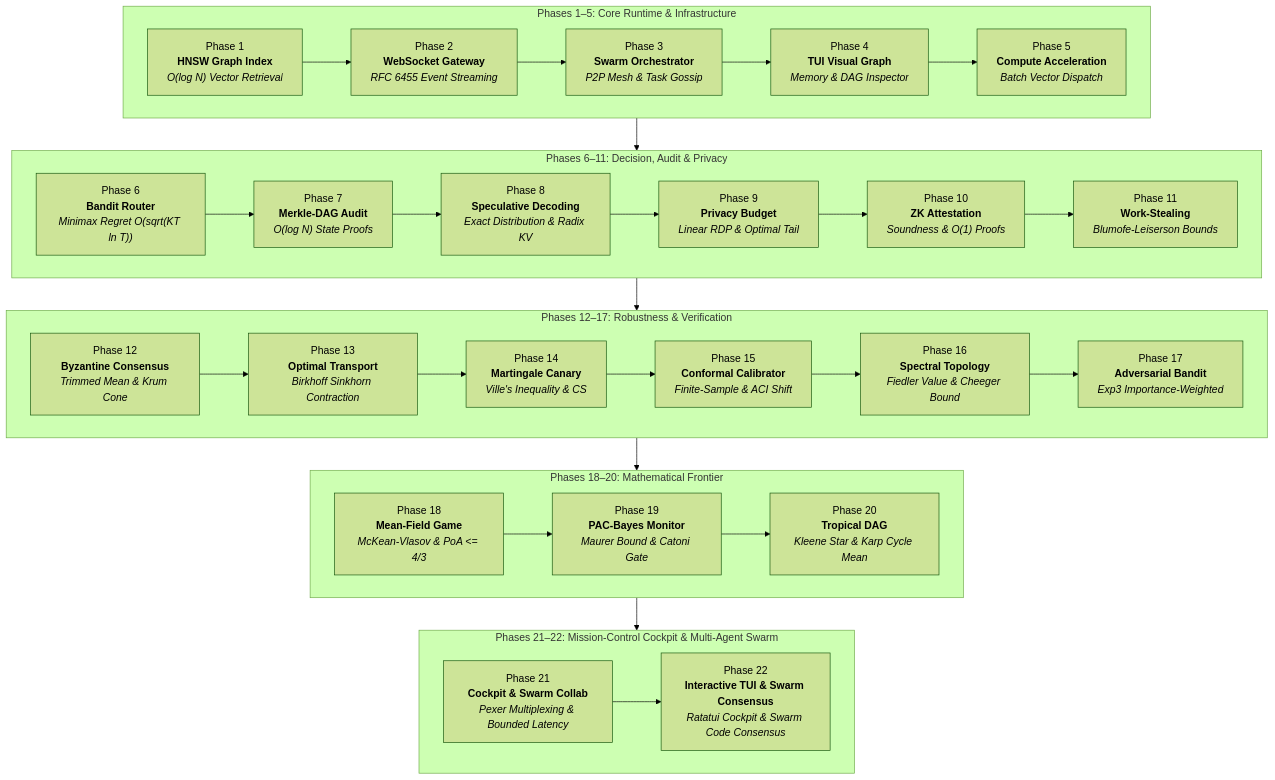
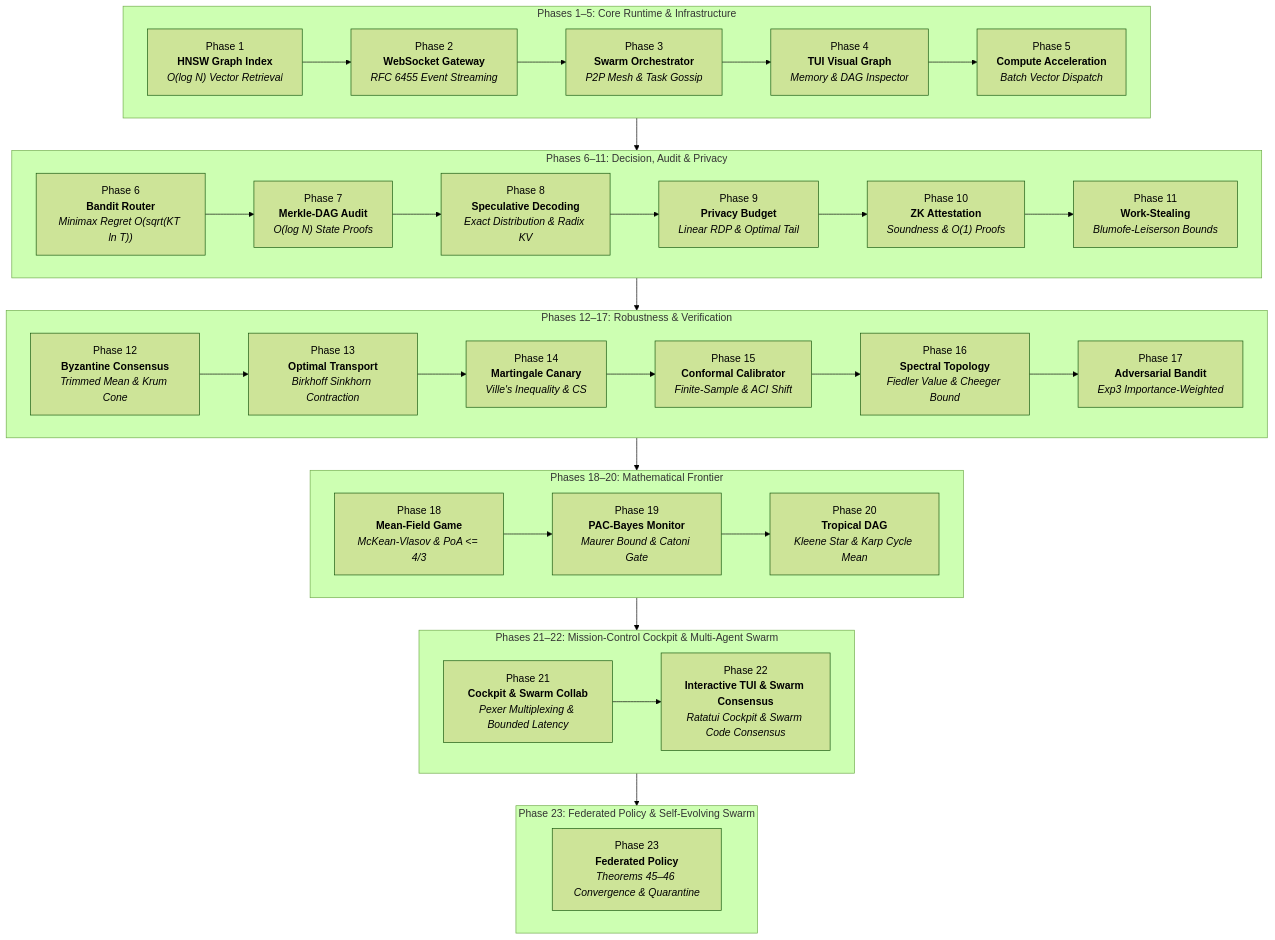
One commit to anisayakmitra-in/AGENT-PANDORA changed the diagram in docs/math/phased_roadmap_mathematics.md. Above: the diagram before and after it, drawn with Mermaid (forest theme). The commit also changed other lines of this file and 53 other files, not shown here.

Commit message:
Release v3.0.10: Phase 23 federated policy, live autopilot, remote telemetry dashboard

````diff
--- a/docs/math/phased_roadmap_mathematics.md
+++ b/docs/math/phased_roadmap_mathematics.md
@@ -13,46 +13,50 @@
 ```mermaid
 flowchart TD
     subgraph Foundation["Phases 1–5: Core Runtime & Infrastructure"]
         P1["Phase 1<br/><b>HNSW Graph Index</b><br/><i>O(log N) Vector Retrieval</i>"]
         P2["Phase 2<br/><b>WebSocket Gateway</b><br/><i>RFC 6455 Event Streaming</i>"]
         P3["Phase 3<br/><b>Swarm Orchestrator</b><br/><i>P2P Mesh & Task Gossip</i>"]
         P4["Phase 4<br/><b>TUI Visual Graph</b><br/><i>Memory & DAG Inspector</i>"]
         P5["Phase 5<br/><b>Compute Acceleration</b><br/><i>Batch Vector Dispatch</i>"]
         P1 --> P2 --> P3 --> P4 --> P5
     end
 
     subgraph Intelligence["Phases 6–11: Decision, Audit & Privacy"]
         P6["Phase 6<br/><b>Bandit Router</b><br/><i>Minimax Regret O(sqrt(KT ln T))</i>"]
         P7["Phase 7<br/><b>Merkle-DAG Audit</b><br/><i>O(log N) State Proofs</i>"]
         P8["Phase 8<br/><b>Speculative Decoding</b><br/><i>Exact Distribution & Radix KV</i>"]
         P9["Phase 9<br/><b>Privacy Budget</b><br/><i>Linear RDP & Optimal Tail</i>"]
         P10["Phase 10<br/><b>ZK Attestation</b><br/><i>Soundness & O(1) Proofs</i>"]
         P11["Phase 11<br/><b>Work-Stealing</b><br/><i>Blumofe-Leiserson Bounds</i>"]
         P6 --> P7 --> P8 --> P9 --> P10 --> P11
     end
 
     subgraph Assurance["Phases 12–17: Robustness & Verification"]
         P12["Phase 12<br/><b>Byzantine Consensus</b><br/><i>Trimmed Mean & Krum Cone</i>"]
         P13["Phase 13<br/><b>Optimal Transport</b><br/><i>Birkhoff Sinkhorn Contraction</i>"]
         P14["Phase 14<br/><b>Martingale Canary</b><br/><i>Ville's Inequality & CS</i>"]
         P15["Phase 15<br/><b>Conformal Calibrator</b><br/><i>Finite-Sample & ACI Shift</i>"]
         P16["Phase 16<br/><b>Spectral Topology</b><br/><i>Fiedler Value & Cheeger Bound</i>"]
         P17["Phase 17<br/><b>Adversarial Bandit</b><br/><i>Exp3 Importance-Weighted</i>"]
         P12 --> P13 --> P14 --> P15 --> P16 --> P17
     end
 
     subgraph Frontier["Phases 18–20: Mathematical Frontier"]
         P18["Phase 18<br/><b>Mean-Field Game</b><br/><i>McKean-Vlasov & PoA <= 4/3</i>"]
         P19["Phase 19<br/><b>PAC-Bayes Monitor</b><br/><i>Maurer Bound & Catoni Gate</i>"]
         P20["Phase 20<br/><b>Tropical DAG</b><br/><i>Kleene Star & Karp Cycle Mean</i>"]
         P18 --> P19 --> P20
     end
 
     subgraph CockpitSwarm["Phases 21–22: Mission-Control Cockpit & Multi-Agent Swarm"]
         P21["Phase 21<br/><b>Cockpit & Swarm Collab</b><br/><i>Pexer Multiplexing & Bounded Latency</i>"]
         P22["Phase 22<br/><b>Interactive TUI & Swarm Consensus</b><br/><i>Ratatui Cockpit & Swarm Code Consensus</i>"]
         P21 --> P22
     end
 
-    Foundation --> Intelligence --> Assurance --> Frontier --> CockpitSwarm
+    subgraph Evolution["Phase 23: Federated Policy & Self-Evolving Swarm"]
+        P23["Phase 23<br/><b>Federated Policy</b><br/><i>Theorems 45–46 Convergence & Quarantine</i>"]
+    end
+
+    Foundation --> Intelligence --> Assurance --> Frontier --> CockpitSwarm --> Evolution
 ```
````
